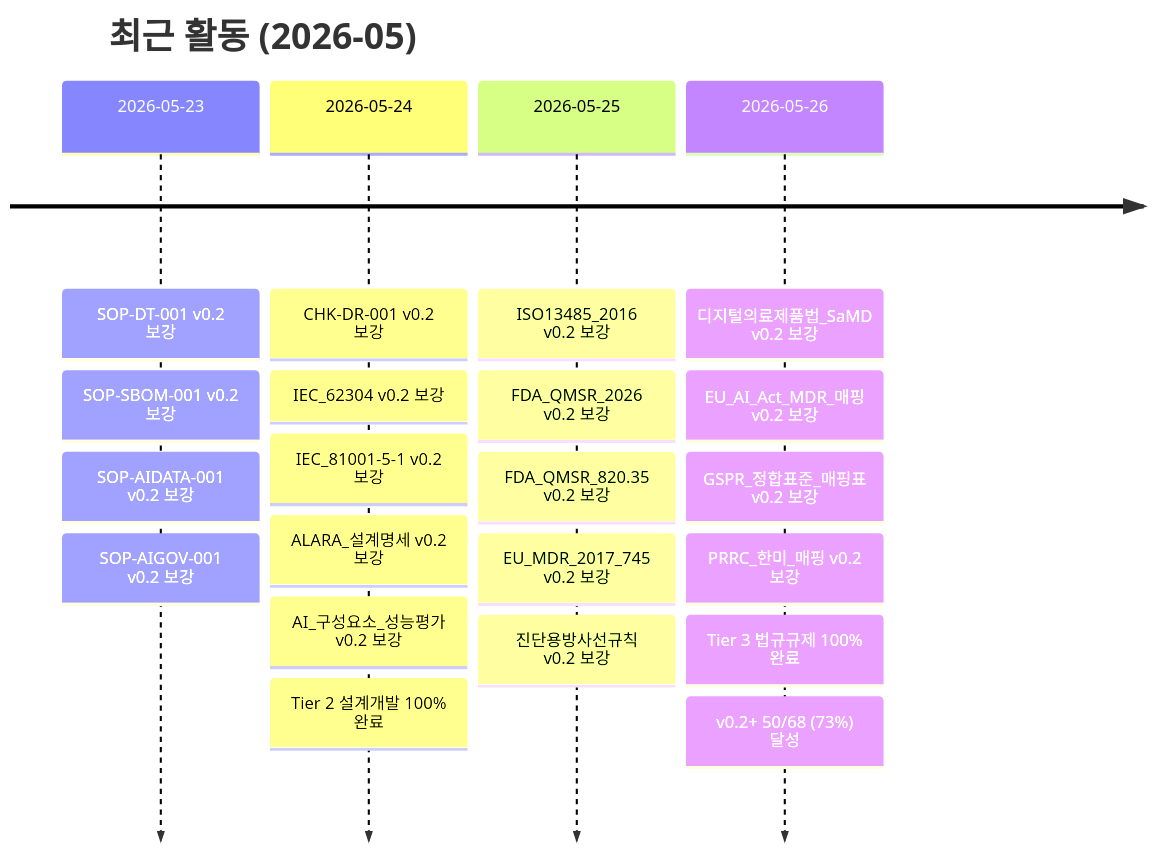
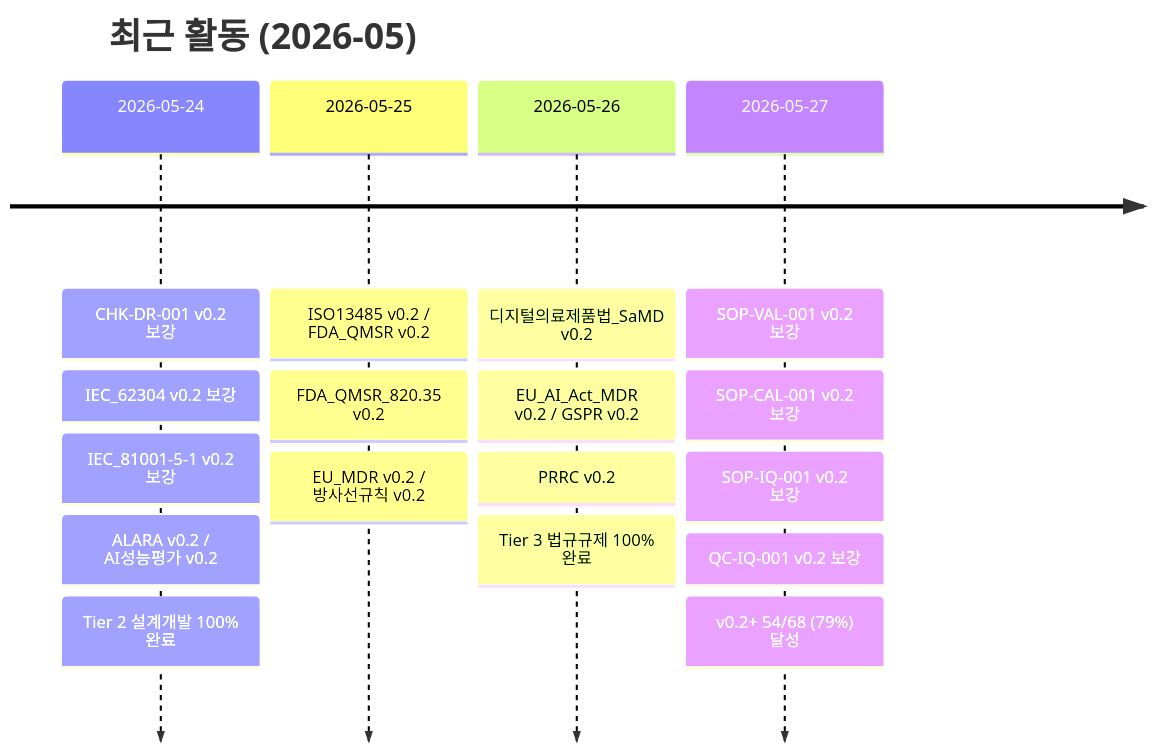
The third of 4 diagrams in README.md (holee9/MD-process), drawn with Mermaid before and after one commit. The commit also changed other lines of this file, not shown here.

Commit message:
docs(readme): 진행현황 2026-05-27 — v0.2+ 54/68 (79%), Tier 4 검사시험 4건 보강

````diff
--- a/README.md
+++ b/README.md
@@ -138,25 +138,21 @@
 ```mermaid
 timeline
     title 최근 활동 (2026-05)
-    2026-05-23 : SOP-DT-001 v0.2 보강
-               : SOP-SBOM-001 v0.2 보강
-               : SOP-AIDATA-001 v0.2 보강
-               : SOP-AIGOV-001 v0.2 보강
     2026-05-24 : CHK-DR-001 v0.2 보강
                : IEC_62304 v0.2 보강
                : IEC_81001-5-1 v0.2 보강
-               : ALARA_설계명세 v0.2 보강
-               : AI_구성요소_성능평가 v0.2 보강
+               : ALARA v0.2 / AI성능평가 v0.2
                : Tier 2 설계개발 100% 완료
-    2026-05-25 : ISO13485_2016 v0.2 보강
-               : FDA_QMSR_2026 v0.2 보강
-               : FDA_QMSR_820.35 v0.2 보강
-               : EU_MDR_2017_745 v0.2 보강
-               : 진단용방사선규칙 v0.2 보강
-    2026-05-26 : 디지털의료제품법_SaMD v0.2 보강
-               : EU_AI_Act_MDR_매핑 v0.2 보강
-               : GSPR_정합표준_매핑표 v0.2 보강
-               : PRRC_한미_매핑 v0.2 보강
+    2026-05-25 : ISO13485 v0.2 / FDA_QMSR v0.2
+               : FDA_QMSR_820.35 v0.2
+               : EU_MDR v0.2 / 방사선규칙 v0.2
+    2026-05-26 : 디지털의료제품법_SaMD v0.2
+               : EU_AI_Act_MDR v0.2 / GSPR v0.2
+               : PRRC v0.2
                : Tier 3 법규규제 100% 완료
-               : v0.2+ 50/68 (73%) 달성
+    2026-05-27 : SOP-VAL-001 v0.2 보강
+               : SOP-CAL-001 v0.2 보강
+               : SOP-IQ-001 v0.2 보강
+               : QC-IQ-001 v0.2 보강
+               : v0.2+ 54/68 (79%) 달성
 ```
````
